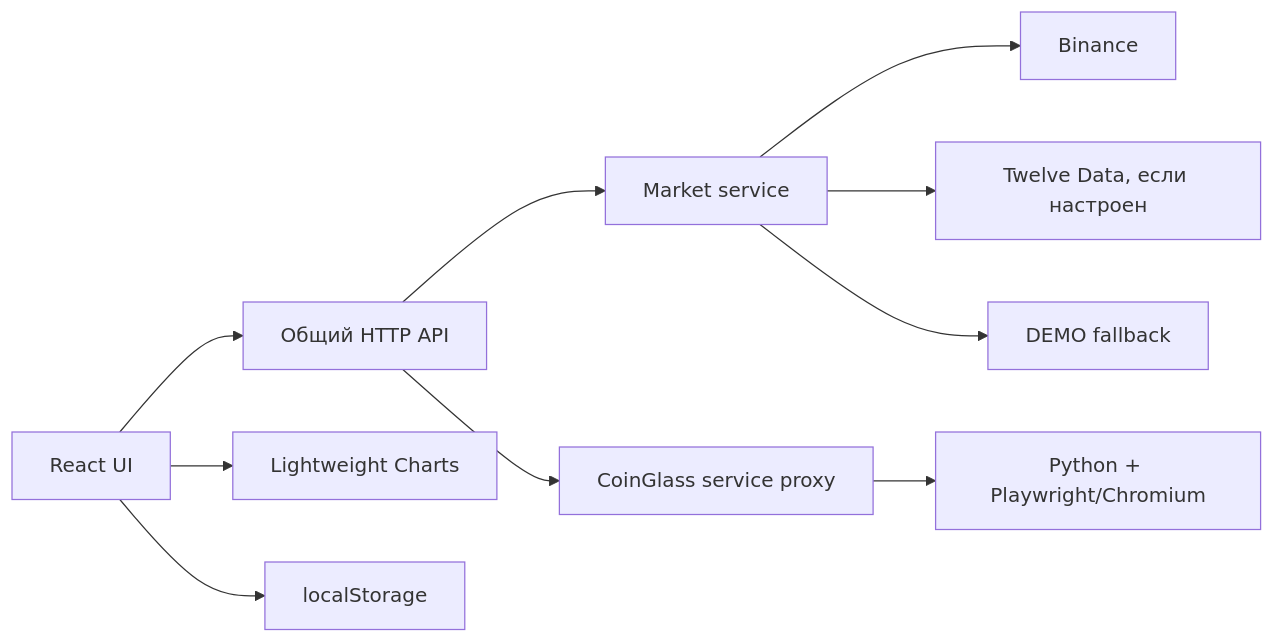
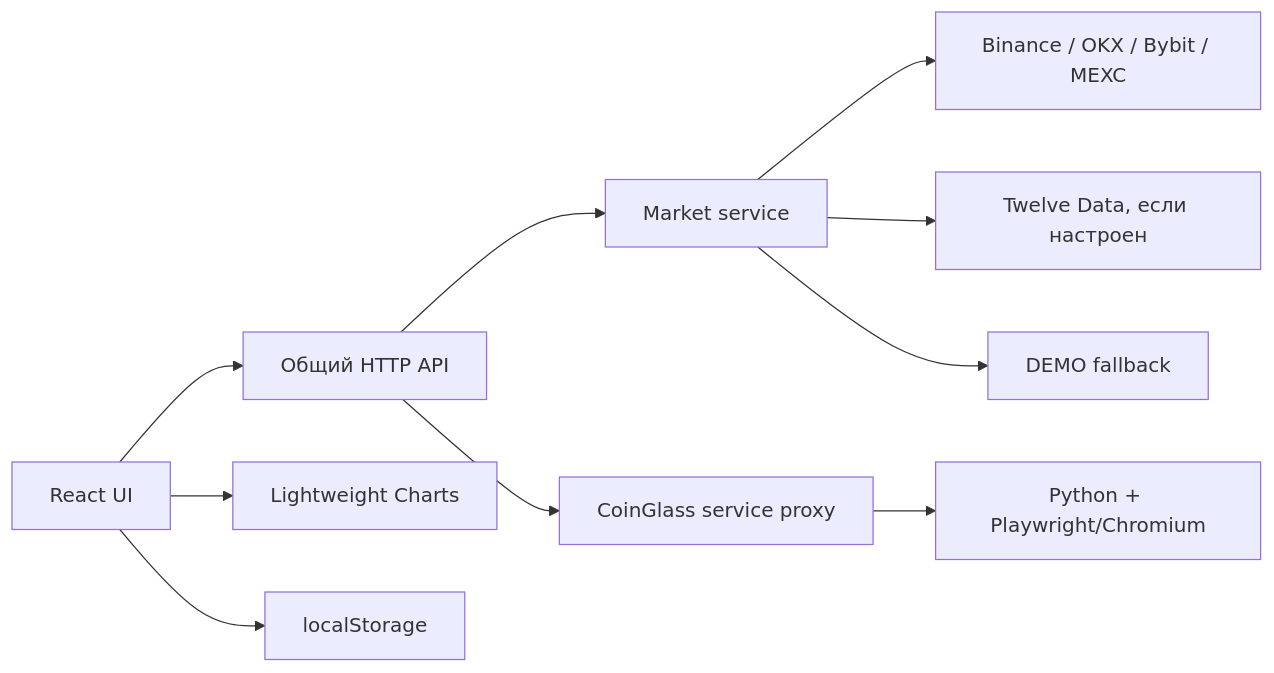
Before and after one commit to DmitryJbanov/TradingAPP: the diagram in docs/ARCHITECTURE.md, drawn with Mermaid. The commit also changed other lines of this file and 137 other files, not shown here.

````diff
--- a/docs/ARCHITECTURE.md
+++ b/docs/ARCHITECTURE.md
@@ -5,12 +5,12 @@
 ```mermaid
 flowchart LR
   UI[React UI] --> API[Общий HTTP API]
   API --> Market[Market service]
-  Market --> Binance[Binance]
+  Market --> Binance[Binance / OKX / Bybit / MEXC]
   Market --> Twelve[Twelve Data, если настроен]
   Market --> Demo[DEMO fallback]
   API --> CG[CoinGlass service proxy]
   CG --> Worker[Python + Playwright/Chromium]
   UI --> Chart[Lightweight Charts]
   UI --> Store[localStorage]
 ```
````
